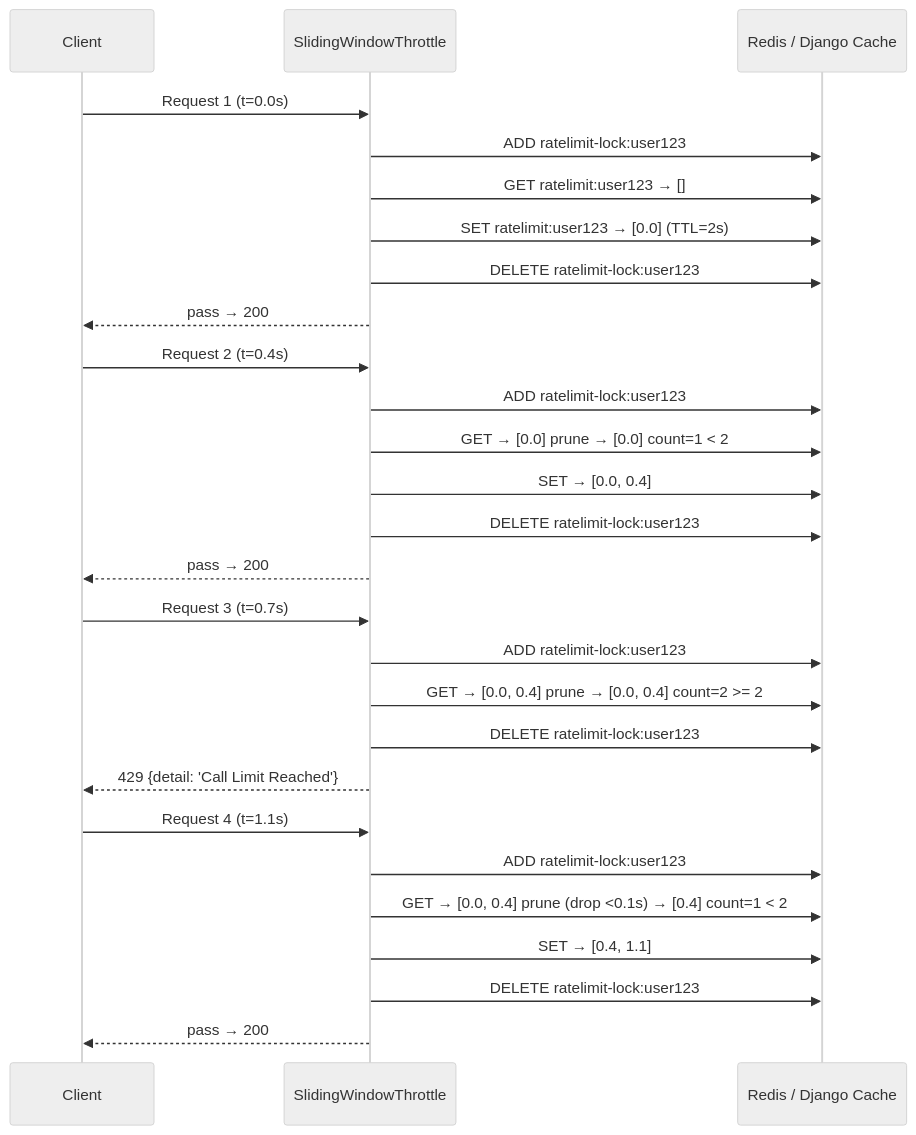
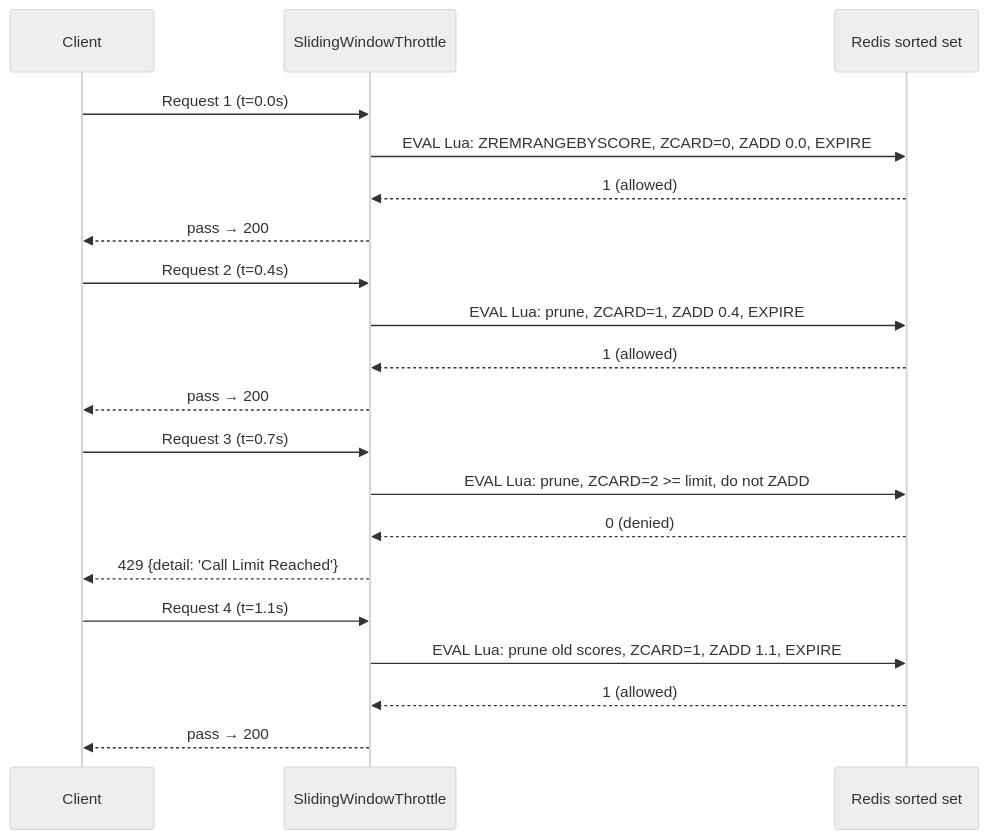
One commit to conghan-tay/private_AbProject-WithRAG changed the fourth of 9 diagrams in docs/Mermaid.md. Above: the diagram before and after it, drawn with Mermaid (neutral theme). The commit also changed other lines of this file and 4 other files, not shown here.

````diff
--- a/docs/Mermaid.md
+++ b/docs/Mermaid.md
@@ -104,37 +104,30 @@
 ```mermaid
 sequenceDiagram
     participant C as Client
     participant TH as SlidingWindowThrottle
-    participant Cache as Redis / Django Cache
+    participant Redis as Redis sorted set
 
 
     C->>TH: Request 1 (t=0.0s)
-    TH->>Cache: ADD ratelimit-lock:user123
-    TH->>Cache: GET ratelimit:user123 → []
-    TH->>Cache: SET ratelimit:user123 → [0.0] (TTL=2s)
-    TH->>Cache: DELETE ratelimit-lock:user123
+    TH->>Redis: EVAL Lua: ZREMRANGEBYSCORE, ZCARD=0, ZADD 0.0, EXPIRE
+    Redis-->>TH: 1 (allowed)
     TH-->>C: pass → 200
 
 
     C->>TH: Request 2 (t=0.4s)
-    TH->>Cache: ADD ratelimit-lock:user123
-    TH->>Cache: GET → [0.0]  prune → [0.0]  count=1 < 2
-    TH->>Cache: SET → [0.0, 0.4]
-    TH->>Cache: DELETE ratelimit-lock:user123
+    TH->>Redis: EVAL Lua: prune, ZCARD=1, ZADD 0.4, EXPIRE
+    Redis-->>TH: 1 (allowed)
     TH-->>C: pass → 200
 
 
     C->>TH: Request 3 (t=0.7s)
-    TH->>Cache: ADD ratelimit-lock:user123
-    TH->>Cache: GET → [0.0, 0.4]  prune → [0.0, 0.4]  count=2 >= 2
-    TH->>Cache: DELETE ratelimit-lock:user123
+    TH->>Redis: EVAL Lua: prune, ZCARD=2 >= limit, do not ZADD
+    Redis-->>TH: 0 (denied)
     TH-->>C: 429 {detail: 'Call Limit Reached'}
 
 
     C->>TH: Request 4 (t=1.1s)
-    TH->>Cache: ADD ratelimit-lock:user123
-    TH->>Cache: GET → [0.0, 0.4]  prune (drop <0.1s) → [0.4]  count=1 < 2
-    TH->>Cache: SET → [0.4, 1.1]
-    TH->>Cache: DELETE ratelimit-lock:user123
+    TH->>Redis: EVAL Lua: prune old scores, ZCARD=1, ZADD 1.1, EXPIRE
+    Redis-->>TH: 1 (allowed)
     TH-->>C: pass → 200
 ```
````
